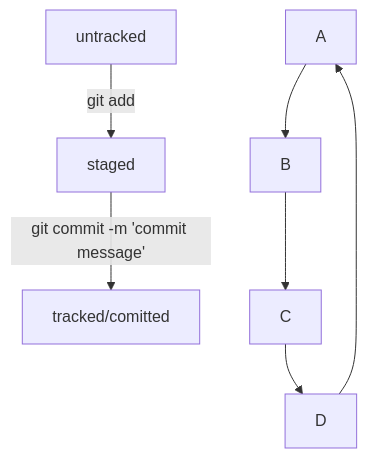
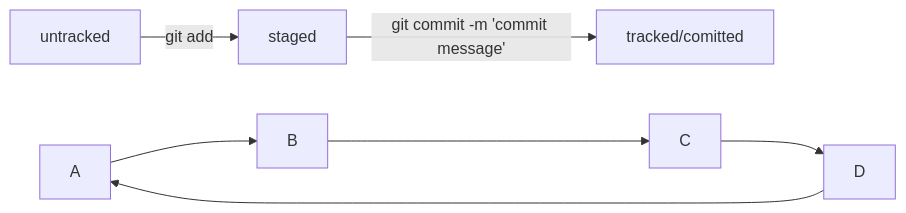
The diagram in README.md (matzutake/practice-task1), drawn with Mermaid before and after one commit.

Commit message:
Scheme added

````diff
--- a/README.md
+++ b/README.md
@@ -24,10 +24,10 @@
 ```mermaid
-graph TD;	
+graph LR;	
   untracked -- "git add" --> staged;
   staged    -- "git commit -m 'commit message' "     --> tracked/comitted;
 
-	A --> B;
-	B --> C;
-	C --> D;
-	D --> A;
+  A --> B;
+  B --> C;
+  C --> D;
+  D --> A;
 ```
````
